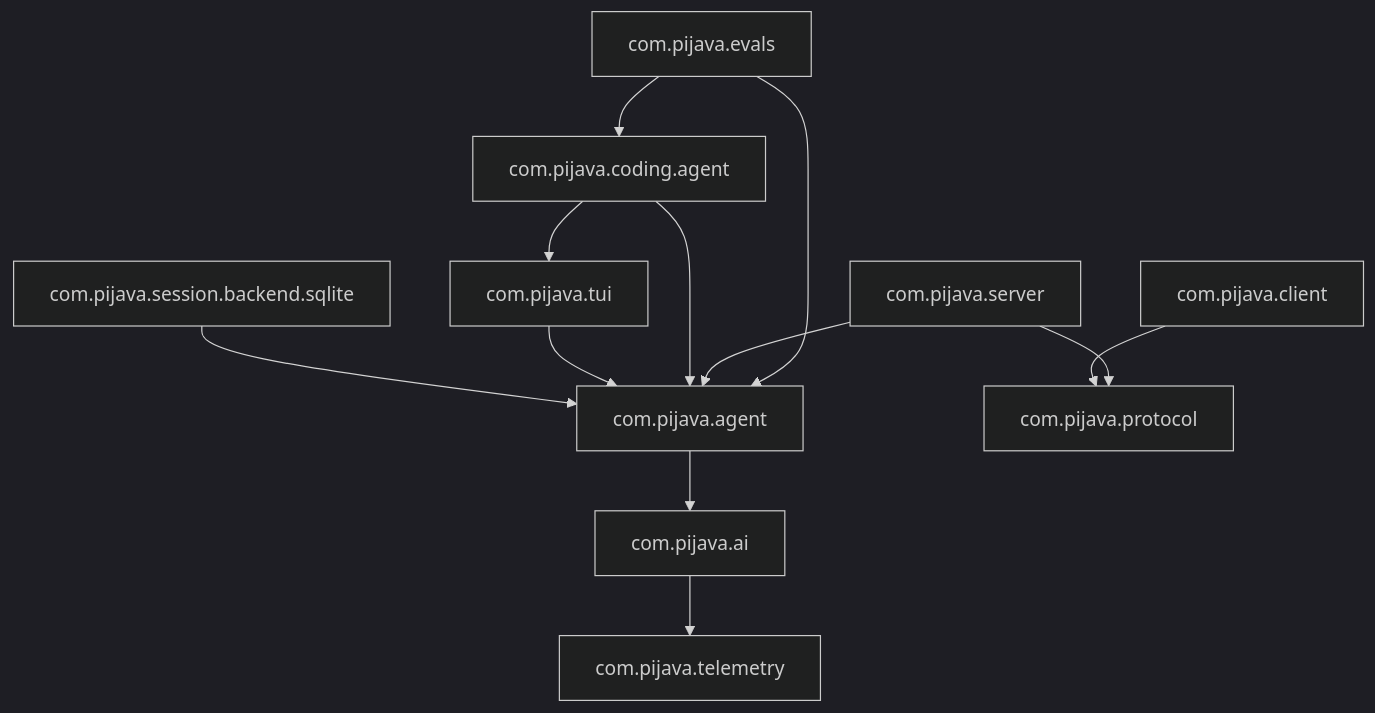
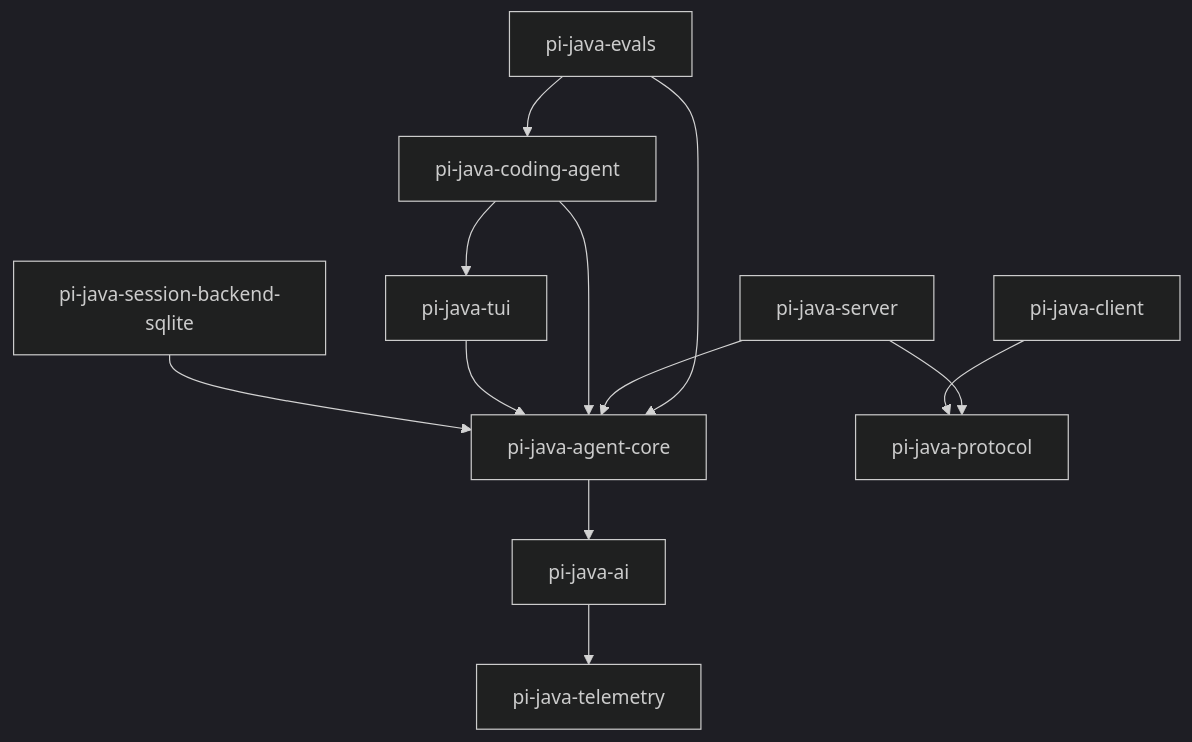
Before and after one commit to liangxingguang/pi-java: the diagram in docs/05-phase0-infrastructure-design.md, drawn with Mermaid (dark theme). The commit also changed other lines of this file and 3 other files, not shown here.

````diff
--- a/docs/05-phase0-infrastructure-design.md
+++ b/docs/05-phase0-infrastructure-design.md
@@ -468,26 +375,26 @@
 ```mermaid
 graph TD
-    telemetry["com.pijava.telemetry"]
-    ai["com.pijava.ai"]
-    agent["com.pijava.agent"]
-    sqlite["com.pijava.session.backend.sqlite"]
-    tui["com.pijava.tui"]
-    protocol["com.pijava.protocol"]
-    client["com.pijava.client"]
-    server["com.pijava.server"]
-    coding["com.pijava.coding.agent"]
-    evals["com.pijava.evals"]
+    telemetry["pi-java-telemetry"]
+    ai["pi-java-ai"]
+    agent["pi-java-agent-core"]
+    sqlite["pi-java-session-backend-sqlite"]
+    tui["pi-java-tui"]
+    protocol["pi-java-protocol"]
+    client["pi-java-client"]
+    server["pi-java-server"]
+    coding["pi-java-coding-agent"]
+    evals["pi-java-evals"]
 
     ai --> telemetry
     agent --> ai
     sqlite --> agent
     tui --> agent
     coding --> agent
     coding --> tui
     %% protocol 无 pi-java 模块依赖（仅依赖外部 jackson）
     client --> protocol
     server --> protocol
     server --> agent
     evals --> agent
     evals --> coding
 ```
````
